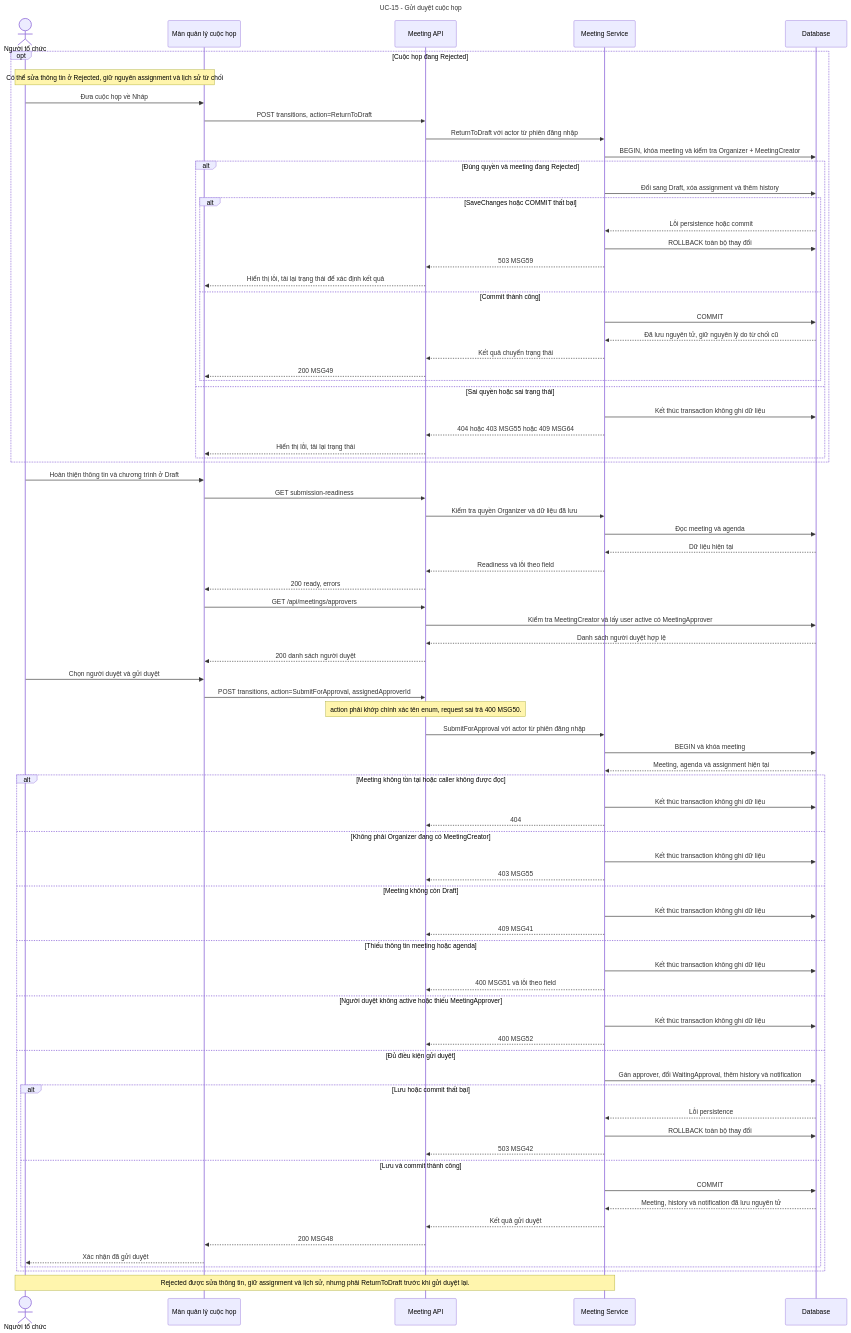
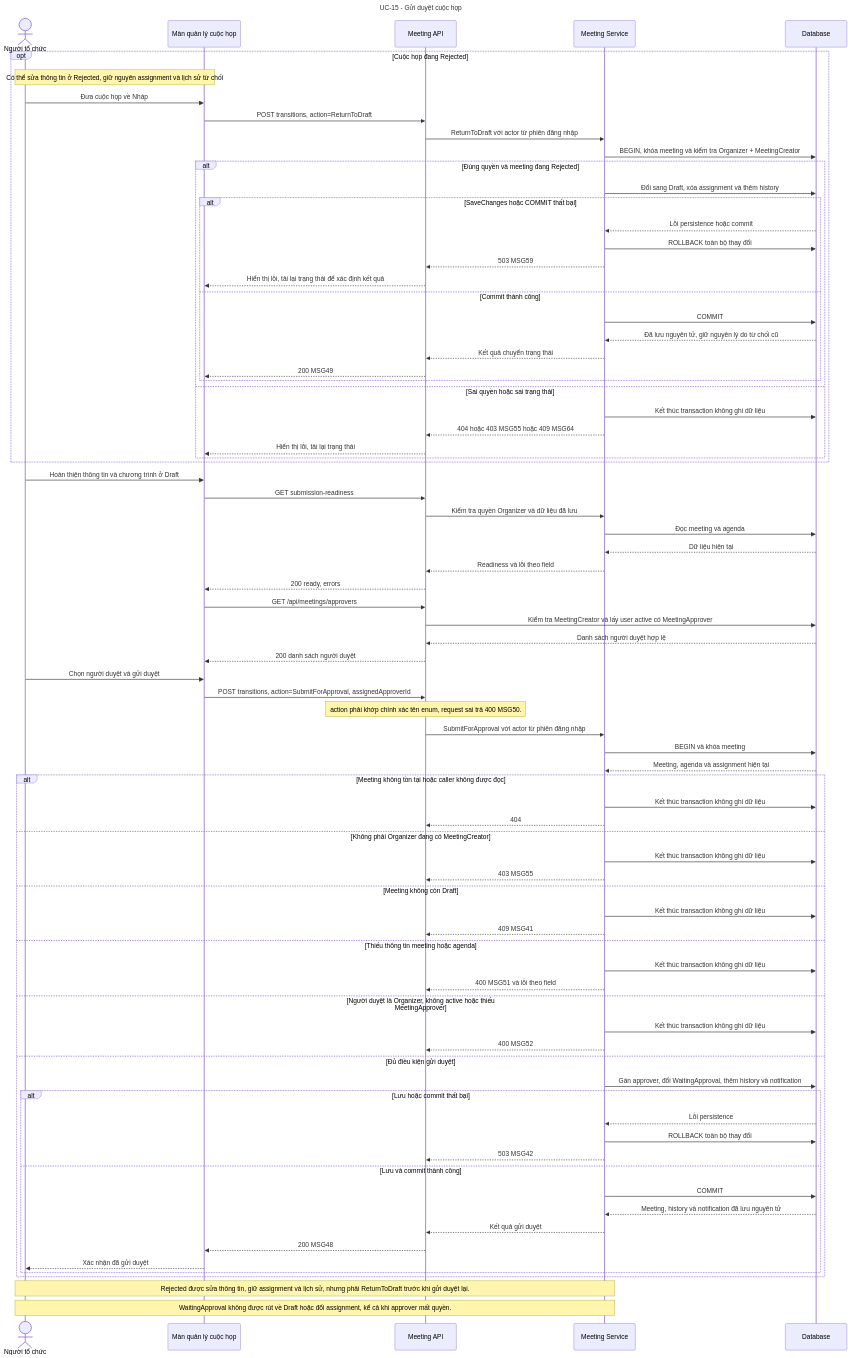
Before and after one commit to callmehai/FU-FA26-G116: the diagram in docs/assets/diagrams/meeting-management/SubmitMeetingForApproval.mmd, drawn with Mermaid. The commit also changed 19 other files, not shown here.

```diff
--- a/docs/assets/diagrams/meeting-management/SubmitMeetingForApproval.mmd
+++ b/docs/assets/diagrams/meeting-management/SubmitMeetingForApproval.mmd
@@ -1,83 +1,84 @@
 sequenceDiagram
     title UC-15 - Gửi duyệt cuộc họp
     actor Organizer as Người tổ chức
     participant Page as Màn quản lý cuộc họp
     participant API as Meeting API
     participant Service as Meeting Service
     participant DB as Database
 
     opt Cuộc họp đang Rejected
         Note over Organizer,Page: Có thể sửa thông tin ở Rejected, giữ nguyên assignment và lịch sử từ chối
         Organizer->>Page: Đưa cuộc họp về Nháp
         Page->>API: POST transitions, action=ReturnToDraft
         API->>Service: ReturnToDraft với actor từ phiên đăng nhập
         Service->>DB: BEGIN, khóa meeting và kiểm tra Organizer + MeetingCreator
         alt Đúng quyền và meeting đang Rejected
             Service->>DB: Đổi sang Draft, xóa assignment và thêm history
             alt SaveChanges hoặc COMMIT thất bại
                 DB-->>Service: Lỗi persistence hoặc commit
                 Service->>DB: ROLLBACK toàn bộ thay đổi
                 Service-->>API: 503 MSG59
                 API-->>Page: Hiển thị lỗi, tải lại trạng thái để xác định kết quả
             else Commit thành công
                 Service->>DB: COMMIT
                 DB-->>Service: Đã lưu nguyên tử, giữ nguyên lý do từ chối cũ
                 Service-->>API: Kết quả chuyển trạng thái
                 API-->>Page: 200 MSG49
             end
         else Sai quyền hoặc sai trạng thái
             Service->>DB: Kết thúc transaction không ghi dữ liệu
             Service-->>API: 404 hoặc 403 MSG55 hoặc 409 MSG64
             API-->>Page: Hiển thị lỗi, tải lại trạng thái
         end
     end
 
     Organizer->>Page: Hoàn thiện thông tin và chương trình ở Draft
     Page->>API: GET submission-readiness
     API->>Service: Kiểm tra quyền Organizer và dữ liệu đã lưu
     Service->>DB: Đọc meeting và agenda
     DB-->>Service: Dữ liệu hiện tại
     Service-->>API: Readiness và lỗi theo field
     API-->>Page: 200 ready, errors
     Page->>API: GET /api/meetings/approvers
     API->>DB: Kiểm tra MeetingCreator và lấy user active có MeetingApprover
     DB-->>API: Danh sách người duyệt hợp lệ
     API-->>Page: 200 danh sách người duyệt
     Organizer->>Page: Chọn người duyệt và gửi duyệt
     Page->>API: POST transitions, action=SubmitForApproval, assignedApproverId
     Note over API: action phải khớp chính xác tên enum, request sai trả 400 MSG50.
     API->>Service: SubmitForApproval với actor từ phiên đăng nhập
     Service->>DB: BEGIN và khóa meeting
     DB-->>Service: Meeting, agenda và assignment hiện tại
 
     alt Meeting không tồn tại hoặc caller không được đọc
         Service->>DB: Kết thúc transaction không ghi dữ liệu
         Service-->>API: 404
     else Không phải Organizer đang có MeetingCreator
         Service->>DB: Kết thúc transaction không ghi dữ liệu
         Service-->>API: 403 MSG55
     else Meeting không còn Draft
         Service->>DB: Kết thúc transaction không ghi dữ liệu
         Service-->>API: 409 MSG41
     else Thiếu thông tin meeting hoặc agenda
         Service->>DB: Kết thúc transaction không ghi dữ liệu
         Service-->>API: 400 MSG51 và lỗi theo field
-    else Người duyệt không active hoặc thiếu MeetingApprover
+    else Người duyệt là Organizer, không active hoặc thiếu MeetingApprover
         Service->>DB: Kết thúc transaction không ghi dữ liệu
         Service-->>API: 400 MSG52
     else Đủ điều kiện gửi duyệt
         Service->>DB: Gán approver, đổi WaitingApproval, thêm history và notification
         alt Lưu hoặc commit thất bại
             DB-->>Service: Lỗi persistence
             Service->>DB: ROLLBACK toàn bộ thay đổi
             Service-->>API: 503 MSG42
         else Lưu và commit thành công
             Service->>DB: COMMIT
             DB-->>Service: Meeting, history và notification đã lưu nguyên tử
             Service-->>API: Kết quả gửi duyệt
             API-->>Page: 200 MSG48
             Page-->>Organizer: Xác nhận đã gửi duyệt
         end
     end
 
     Note over Organizer,Service: Rejected được sửa thông tin, giữ assignment và lịch sử, nhưng phải ReturnToDraft trước khi gửi duyệt lại.
+    Note over Organizer,Service: WaitingApproval không được rút về Draft hoặc đổi assignment, kể cả khi approver mất quyền.
```
